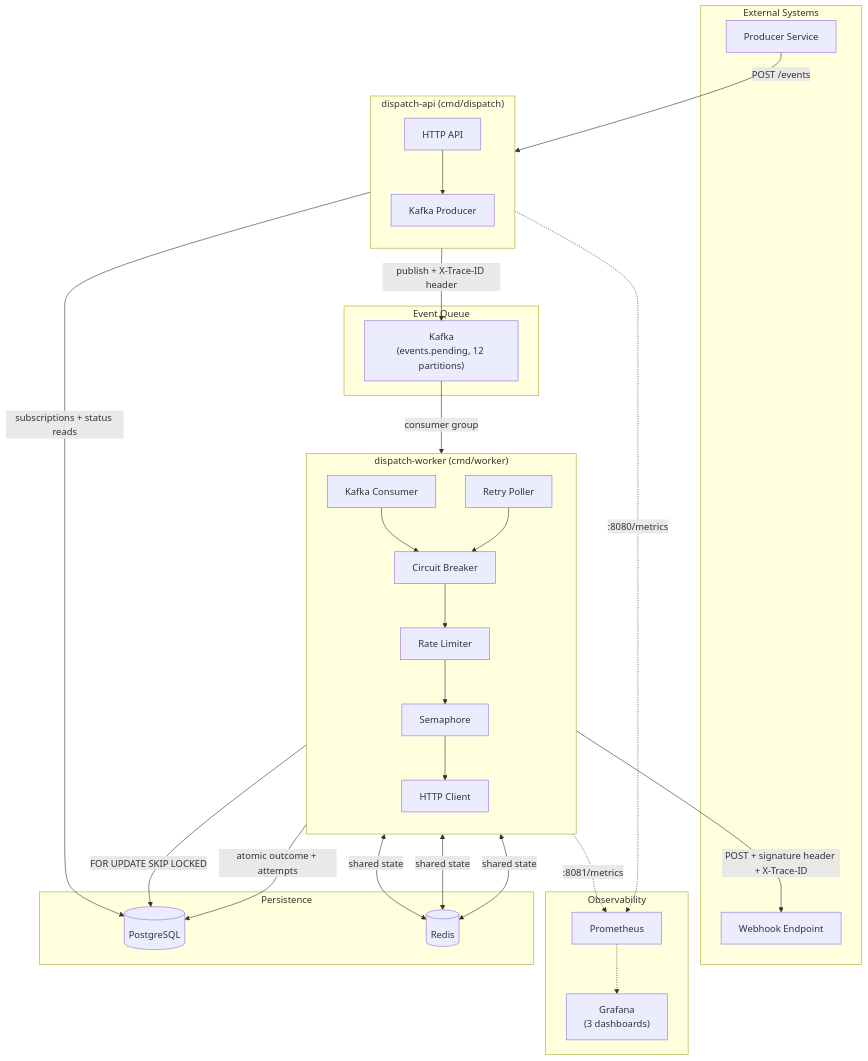
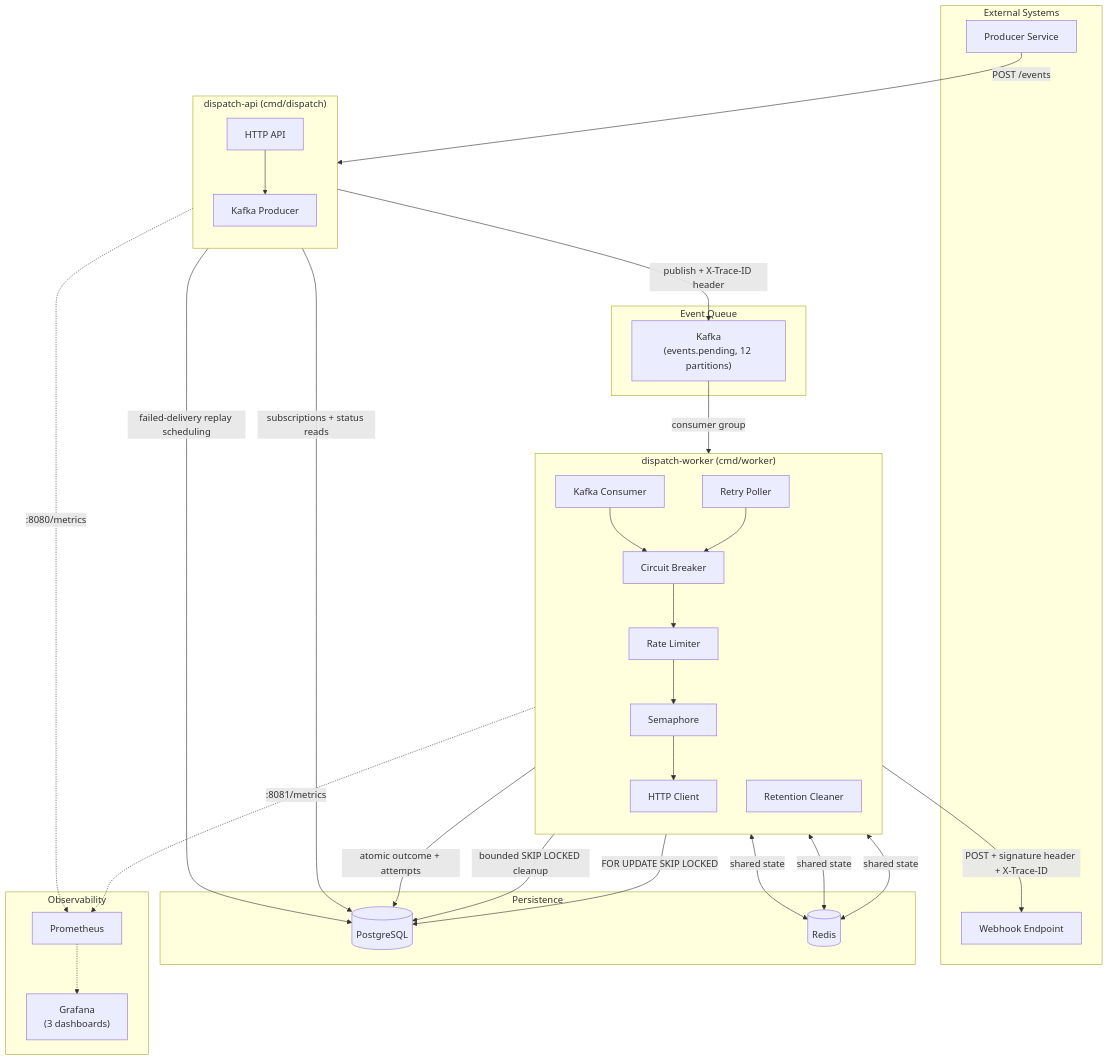
One commit to felipepmaragno/webhook-service changed the first of 13 diagrams in docs/architecture.md. Above: the diagram before and after it, drawn with Mermaid. The commit also changed other lines of this file and 26 other files, not shown here.

Commit message:
docs(v0.13): record replay and retention contracts

````diff
--- a/docs/architecture.md
+++ b/docs/architecture.md
@@ -7,58 +7,61 @@
 ```mermaid
 flowchart TB
     subgraph External["External Systems"]
         Producer["Producer Service"]
         Consumer["Webhook Endpoint"]
     end
 
     subgraph API["dispatch-api (cmd/dispatch)"]
         direction TB
         HTTPHandler["HTTP API"]
         KafkaProducer["Kafka Producer"]
     end
 
     subgraph Queue["Event Queue"]
         Kafka["Kafka<br/>(events.pending, 12 partitions)"]
     end
 
     subgraph Worker["dispatch-worker (cmd/worker)"]
         direction TB
         KafkaConsumer["Kafka Consumer"]
         RetryPoller["Retry Poller"]
+        Retention["Retention Cleaner"]
         CB["Circuit Breaker"]
         RL["Rate Limiter"]
         Sem["Semaphore"]
         Delivery["HTTP Client"]
     end
 
     subgraph Storage["Persistence"]
         DB[(PostgreSQL)]
         Redis[(Redis)]
     end
 
     subgraph Observability["Observability"]
         Prom["Prometheus"]
         Grafana["Grafana<br/>(3 dashboards)"]
     end
 
     Producer -->|"POST /events"| HTTPHandler
     HTTPHandler -->|"subscriptions + status reads"| DB
     HTTPHandler --> KafkaProducer
     KafkaProducer -->|"publish + X-Trace-ID header"| Kafka
     Kafka -->|"consumer group"| KafkaConsumer
     RetryPoller -->|"FOR UPDATE SKIP LOCKED"| DB
+    Retention -->|"bounded SKIP LOCKED cleanup"| DB
+    HTTPHandler -->|"failed-delivery replay scheduling"| DB
     KafkaConsumer --> CB
     RetryPoller --> CB
     CB --> RL
     RL --> Sem
     Sem --> Delivery
     Delivery -->|"POST + signature header + X-Trace-ID"| Consumer
     Delivery -->|"atomic outcome + attempts"| DB
     CB <-->|"shared state"| Redis
     RL <-->|"shared state"| Redis
     Sem <-->|"shared state"| Redis
 
     API -.->|":8080/metrics"| Prom
     Worker -.->|":8081/metrics"| Prom
     Prom -.-> Grafana
 ```
````
